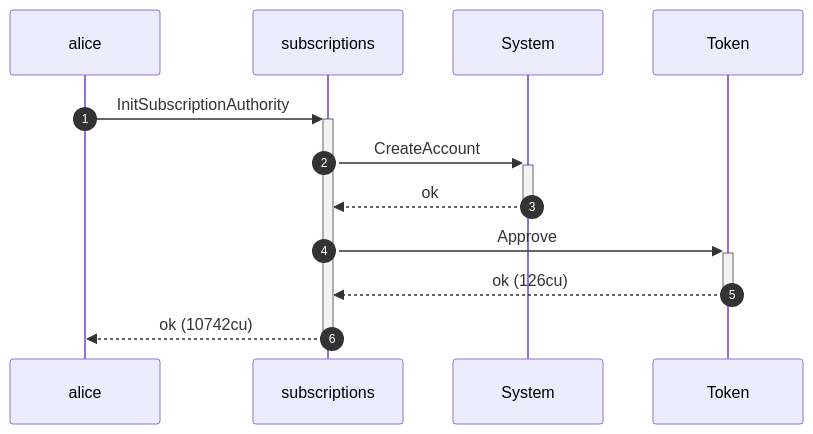
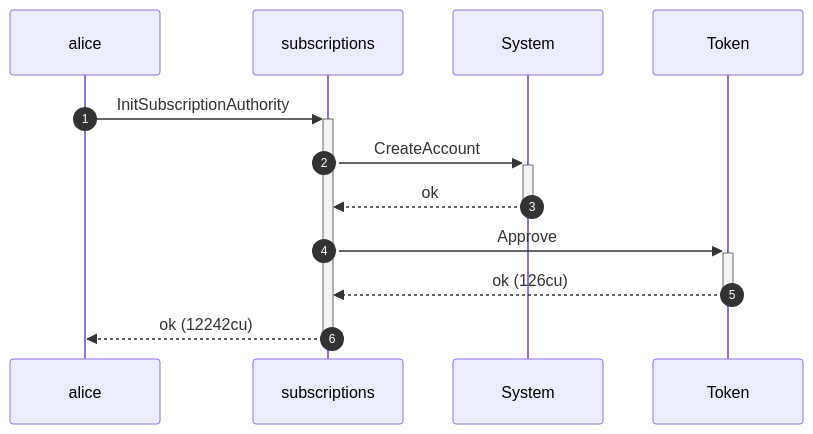
Before and after one commit to cds-rs/subscriptions: the second of 8 diagrams in dsl_tests/fixed-transfer-over-a-stale-version-delegation-is-refused.md, drawn with Mermaid. The commit also changed other lines of this file and 224 other files, not shown here.

````diff
--- a/dsl_tests/fixed-transfer-over-a-stale-version-delegation-is-refused.md
+++ b/dsl_tests/fixed-transfer-over-a-stale-version-delegation-is-refused.md
@@ -38,14 +39,14 @@
 ```mermaid
 sequenceDiagram
     autonumber
     participant alice
     participant subscriptions
     participant System
     participant Token
     alice ->>+ subscriptions: InitSubscriptionAuthority
     subscriptions ->>+ System: CreateAccount
     System -->>- subscriptions: ok
     subscriptions ->>+ Token: Approve
     Token -->>- subscriptions: ok (126cu)
-    subscriptions -->>- alice: ok (10742cu)
+    subscriptions -->>- alice: ok (12242cu)
 ```
````
